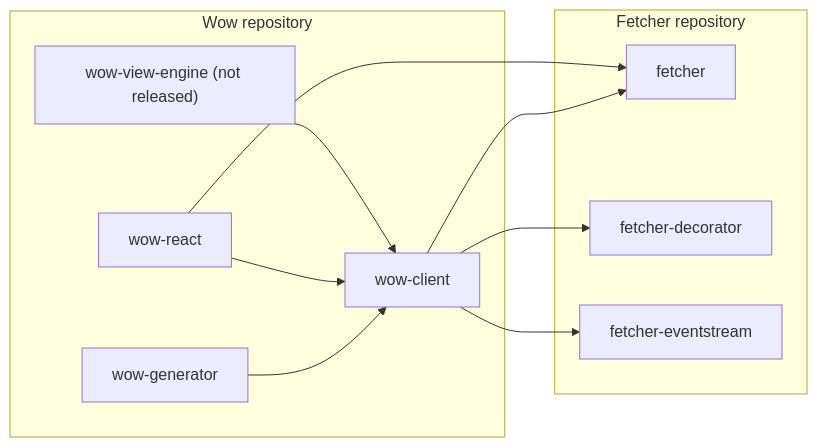
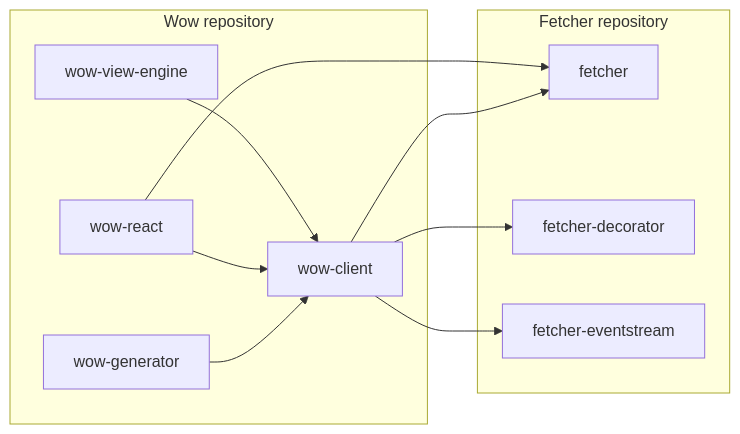
The diagram in documentation/docs/en/guide/typescript/index.md (Ahoo-Wang/Wow), drawn with Mermaid before and after one commit. The commit also changed other lines of this file and 56 other files, not shown here.

````diff
--- a/documentation/docs/en/guide/typescript/index.md
+++ b/documentation/docs/en/guide/typescript/index.md
@@ -29,21 +30,21 @@
 ```mermaid
 flowchart LR
     subgraph Wow["Wow repository"]
         Client["wow-client"]
         Generator["wow-generator"]
         React["wow-react"]
-        Engine["wow-view-engine (not released)"]
+        Engine["wow-view-engine"]
     end
     subgraph Fetcher["Fetcher repository"]
         Core["fetcher"]
         Decorator["fetcher-decorator"]
         EventStream["fetcher-eventstream"]
     end
     Generator --> Client
     React --> Client
     Engine --> Client
     Client --> Core
     Client --> Decorator
     Client --> EventStream
     React --> Core
 ```
````
